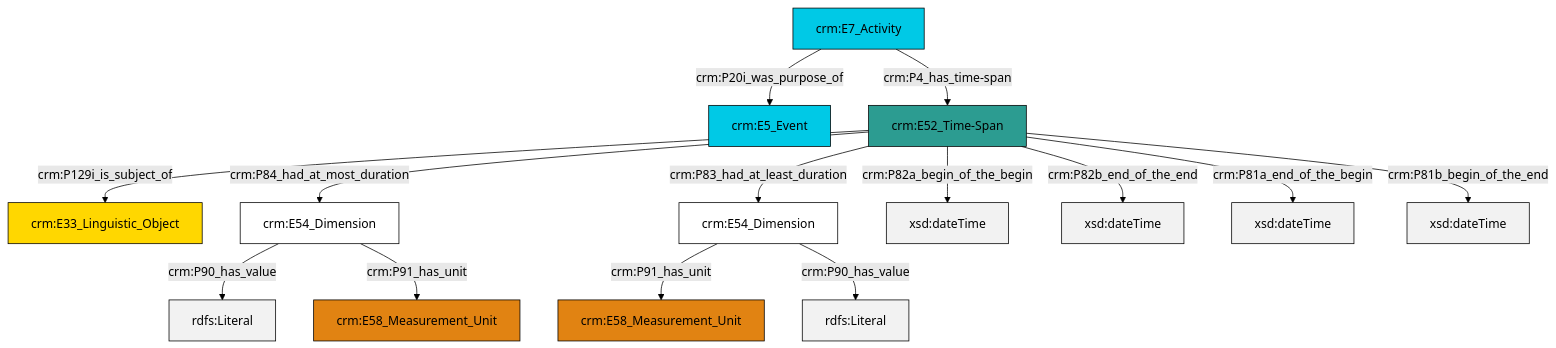
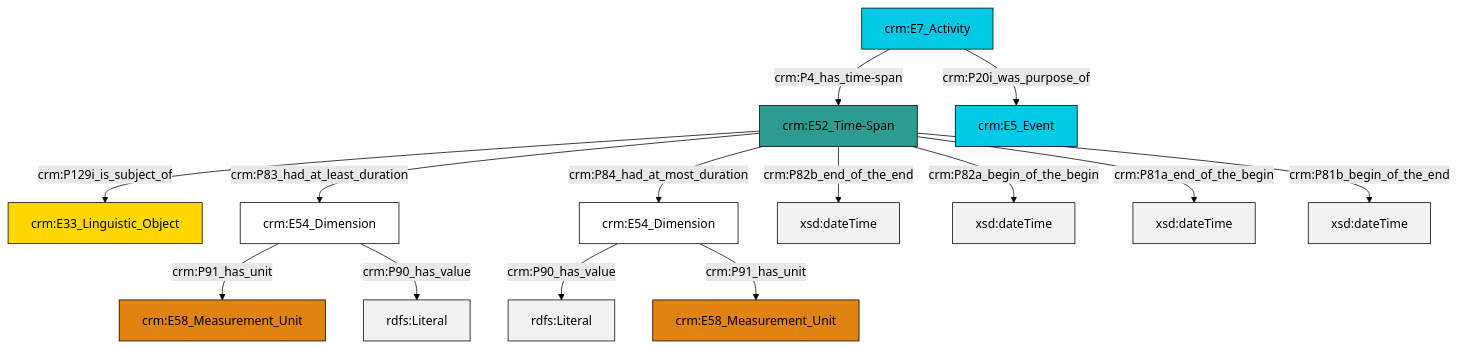
Before and after one commit to swiss-art-research-net/docs.swissartresearch: the diagram in et/eventCSV/ttl/mmd/event_existence.ttl.mmd, drawn with Mermaid (forest theme). The commit also changed 175 other files, not shown here.

```diff
--- a/et/eventCSV/ttl/mmd/event_existence.ttl.mmd
+++ b/et/eventCSV/ttl/mmd/event_existence.ttl.mmd
@@ -1,28 +1,28 @@
 graph TD
 classDef Literal fill:#f2f2f2,stroke:#000000;
 classDef CRM_Entity fill:#FFFFFF,stroke:#000000;
 classDef Temporal_Entity fill:#00C9E6, stroke:#000000;
 classDef Type fill:#E18312, stroke:#000000;
 classDef Time-Span fill:#2C9C91, stroke:#000000;
 classDef Appellation fill:#FFEB7F, stroke:#000000;
 classDef Place fill:#008836, stroke:#000000;
 classDef Persistent_Item fill:#B266B2, stroke:#000000;
 classDef Conceptual_Object fill:#FFD700, stroke:#000000;
 classDef Physical_Thing fill:#D2B48C, stroke:#000000;
 classDef Actor fill:#f58aad, stroke:#000000;
 classDef PC_Classes fill:#4ce600, stroke:#000000;
 classDef Multi fill:#cccccc,stroke:#000000;
 
-8["crm:E7_Activity"]:::Temporal_Entity -->|crm:P20i_was_purpose_of| 6["crm:E5_Event"]:::Temporal_Entity
-9["crm:E52_Time-Span"]:::Time-Span -->|crm:P82a_begin_of_the_begin| 10[xsd:dateTime]:::Literal
-9["crm:E52_Time-Span"]:::Time-Span -->|crm:P82b_end_of_the_end| 13[xsd:dateTime]:::Literal
-4["crm:E54_Dimension"]:::CRM_Entity -->|crm:P91_has_unit| 11["crm:E58_Measurement_Unit"]:::Type
-2["crm:E54_Dimension"]:::CRM_Entity -->|crm:P90_has_value| 14[rdfs:Literal]:::Literal
-9["crm:E52_Time-Span"]:::Time-Span -->|crm:P81a_end_of_the_begin| 15[xsd:dateTime]:::Literal
-9["crm:E52_Time-Span"]:::Time-Span -->|crm:P129i_is_subject_of| 0["crm:E33_Linguistic_Object"]:::Conceptual_Object
-2["crm:E54_Dimension"]:::CRM_Entity -->|crm:P91_has_unit| 17["crm:E58_Measurement_Unit"]:::Type
-8["crm:E7_Activity"]:::Temporal_Entity -->|crm:P4_has_time-span| 9["crm:E52_Time-Span"]:::Time-Span
-9["crm:E52_Time-Span"]:::Time-Span -->|crm:P84_had_at_most_duration| 2["crm:E54_Dimension"]:::CRM_Entity
-4["crm:E54_Dimension"]:::CRM_Entity -->|crm:P90_has_value| 18[rdfs:Literal]:::Literal
-9["crm:E52_Time-Span"]:::Time-Span -->|crm:P81b_begin_of_the_end| 19[xsd:dateTime]:::Literal
-9["crm:E52_Time-Span"]:::Time-Span -->|crm:P83_had_at_least_duration| 4["crm:E54_Dimension"]:::CRM_Entity
+0["crm:E52_Time-Span"]:::Time-Span -->|crm:P129i_is_subject_of| 1["crm:E33_Linguistic_Object"]:::Conceptual_Object
+4["crm:E54_Dimension"]:::CRM_Entity -->|crm:P90_has_value| 5[rdfs:Literal]:::Literal
+2["crm:E7_Activity"]:::Temporal_Entity -->|crm:P20i_was_purpose_of| 9["crm:E5_Event"]:::Temporal_Entity
+0["crm:E52_Time-Span"]:::Time-Span -->|crm:P83_had_at_least_duration| 10["crm:E54_Dimension"]:::CRM_Entity
+0["crm:E52_Time-Span"]:::Time-Span -->|crm:P82b_end_of_the_end| 12[xsd:dateTime]:::Literal
+0["crm:E52_Time-Span"]:::Time-Span -->|crm:P82a_begin_of_the_begin| 13[xsd:dateTime]:::Literal
+0["crm:E52_Time-Span"]:::Time-Span -->|crm:P81a_end_of_the_begin| 14[xsd:dateTime]:::Literal
+4["crm:E54_Dimension"]:::CRM_Entity -->|crm:P91_has_unit| 6["crm:E58_Measurement_Unit"]:::Type
+10["crm:E54_Dimension"]:::CRM_Entity -->|crm:P91_has_unit| 18["crm:E58_Measurement_Unit"]:::Type
+2["crm:E7_Activity"]:::Temporal_Entity -->|crm:P4_has_time-span| 0["crm:E52_Time-Span"]:::Time-Span
+10["crm:E54_Dimension"]:::CRM_Entity -->|crm:P90_has_value| 19[rdfs:Literal]:::Literal
+0["crm:E52_Time-Span"]:::Time-Span -->|crm:P81b_begin_of_the_end| 20[xsd:dateTime]:::Literal
+0["crm:E52_Time-Span"]:::Time-Span -->|crm:P84_had_at_most_duration| 4["crm:E54_Dimension"]:::CRM_Entity
```
